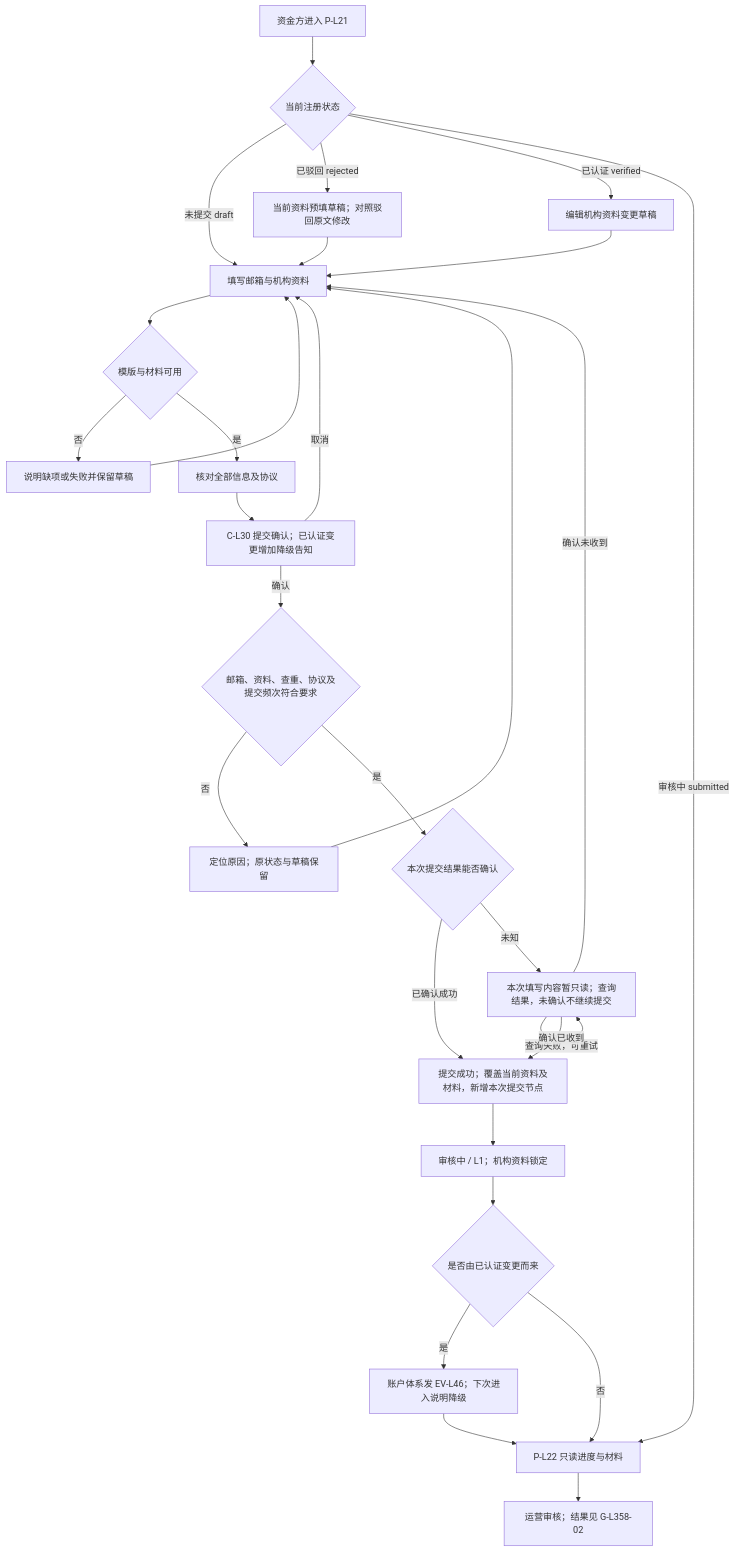
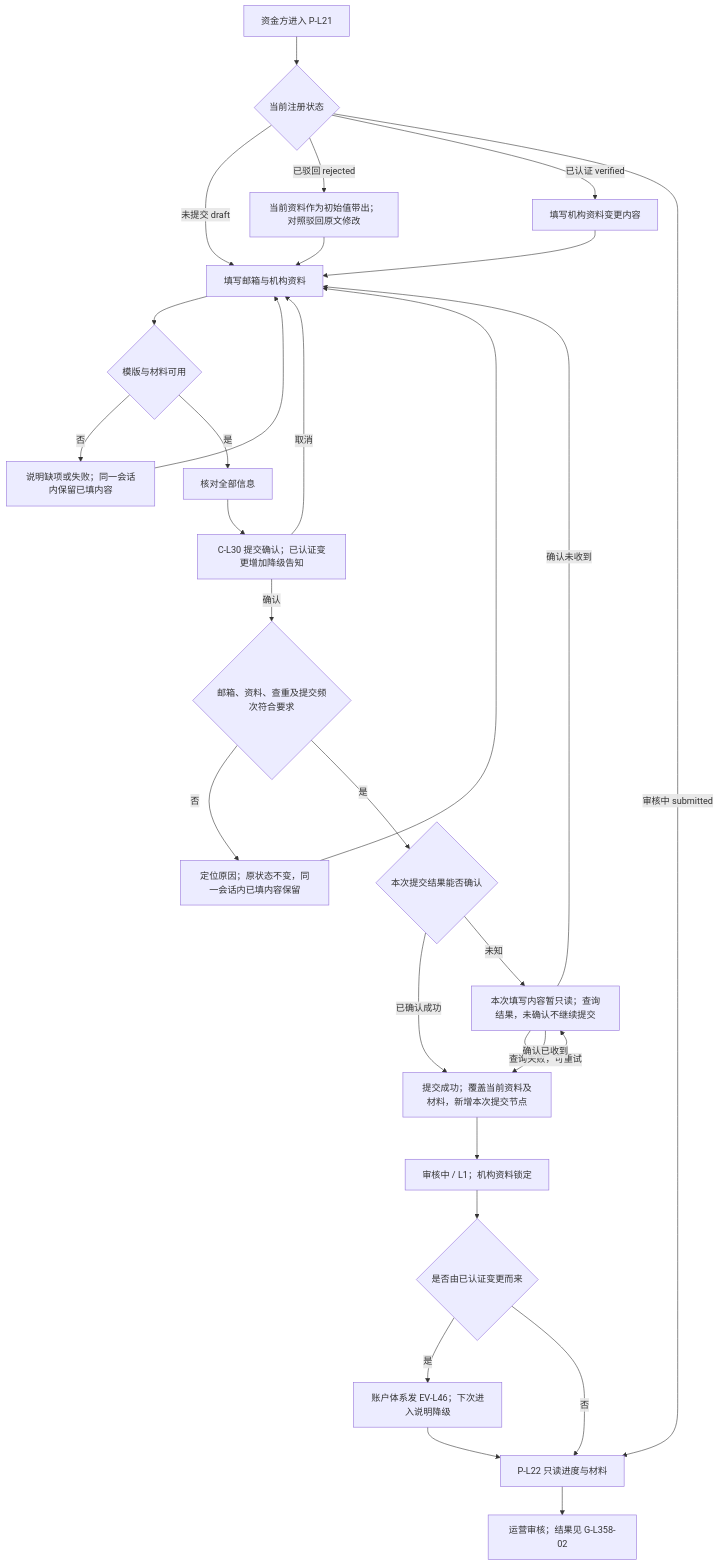
One commit to wxblockchain/Chain-Financing changed the first of 6 diagrams in lending-platform/PRD/v2.0-资金方机构认证审核/02-资金方机构认证审核-流程图与状态机.md. Above: the diagram before and after it, drawn with Mermaid. The commit also changed other lines of this file and 2 other files, not shown here.

````diff
--- a/lending-platform/PRD/v2.0-资金方机构认证审核/02-资金方机构认证审核-流程图与状态机.md
+++ b/lending-platform/PRD/v2.0-资金方机构认证审核/02-资金方机构认证审核-流程图与状态机.md
@@ -21,31 +21,31 @@
 ```mermaid
 flowchart TD
     A[资金方进入 P-L21] --> B{当前注册状态}
     B -->|未提交 draft| C[填写邮箱与机构资料]
-    B -->|已驳回 rejected| D[当前资料预填草稿；对照驳回原文修改]
-    B -->|已认证 verified| E[编辑机构资料变更草稿]
+    B -->|已驳回 rejected| D[当前资料作为初始值带出；对照驳回原文修改]
+    B -->|已认证 verified| E[填写机构资料变更内容]
     B -->|审核中 submitted| R[P-L22 只读进度与材料]
     D --> C
     E --> C
     C --> F{模版与材料可用}
-    F -->|否| G[说明缺项或失败并保留草稿]
+    F -->|否| G[说明缺项或失败；同一会话内保留已填内容]
     G --> C
-    F -->|是| H[核对全部信息及协议]
+    F -->|是| H[核对全部信息]
     H --> I[C-L30 提交确认；已认证变更增加降级告知]
     I -->|取消| C
-    I -->|确认| J{邮箱、资料、查重、协议及提交频次符合要求}
-    J -->|否| K[定位原因；原状态与草稿保留]
+    I -->|确认| J{邮箱、资料、查重及提交频次符合要求}
+    J -->|否| K[定位原因；原状态不变，同一会话内已填内容保留]
     K --> C
     J -->|是| V{本次提交结果能否确认}
     V -->|已确认成功| L[提交成功；覆盖当前资料及材料，新增本次提交节点]
     V -->|未知| W[本次填写内容暂只读；查询结果，未确认不继续提交]
     W -->|查询失败，可重试| W
     W -->|确认未收到| C
     W -->|确认已收到| L
     L --> M[审核中 / L1；机构资料锁定]
     M --> N{是否由已认证变更而来}
     N -->|是| O[账户体系发 EV-L46；下次进入说明降级]
     N -->|否| R
     O --> R
     R --> S[运营审核；结果见 G-L358-02]
 ```
````
